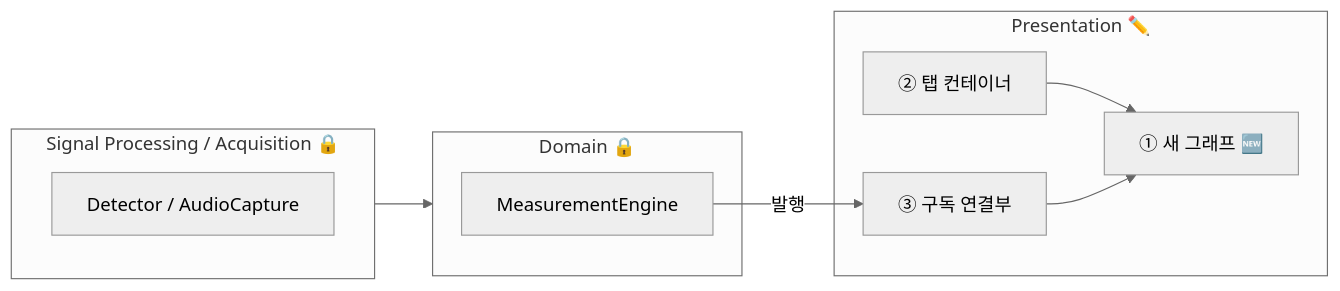
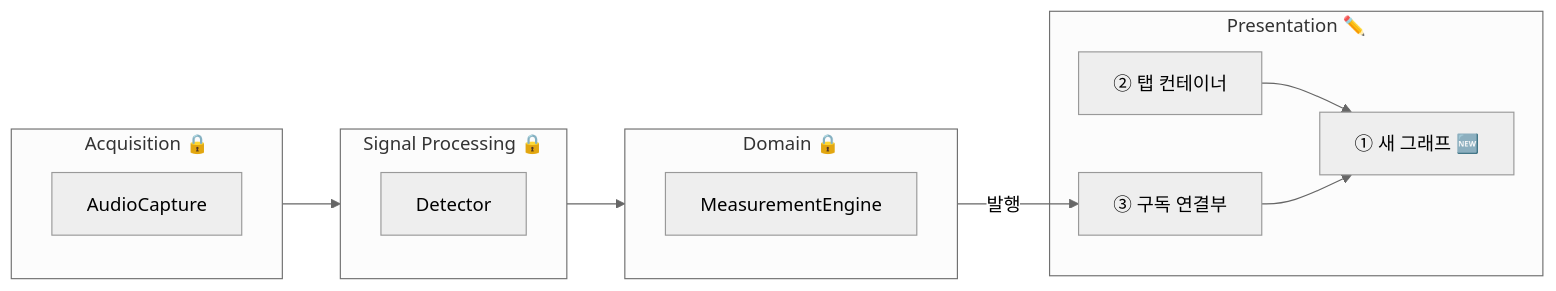
The diagram in docs/milestone1/quality_attribute_scenarios_extensibility.md (Ji-Min-Lee/2026-3-sw-architect-studio-project), drawn with Mermaid (neutral theme) before and after one commit.

Commit message:
docs: split mermaid diagram into 4 distinct layers

````diff
--- a/docs/milestone1/quality_attribute_scenarios_extensibility.md
+++ b/docs/milestone1/quality_attribute_scenarios_extensibility.md
@@ -45,21 +45,24 @@
 ```mermaid
 flowchart LR
+    subgraph ACQ["Acquisition 🔒"]
+        AC["AudioCapture"]
+    end
+
+    subgraph DSP["Signal Processing 🔒"]
+        DT["Detector"]
+    end
+
+    subgraph DOM["Domain 🔒"]
+        ME["MeasurementEngine"]
+    end
+
     subgraph PL["Presentation ✏️"]
         B["② 탭 컨테이너"]
         C["③ 구독 연결부"]
         A["① 새 그래프 🆕"]
         B --> A
         C --> A
     end
 
-    subgraph DL["Domain 🔒"]
-        ME["MeasurementEngine"]
-    end
-
-    subgraph SL["Signal Processing / Acquisition 🔒"]
-        SP["Detector / AudioCapture"]
-    end
-
-    ME -->|"발행"| C
-    SL --> DL
+    ACQ --> DSP --> DOM -->|"발행"| C
 ```
````
